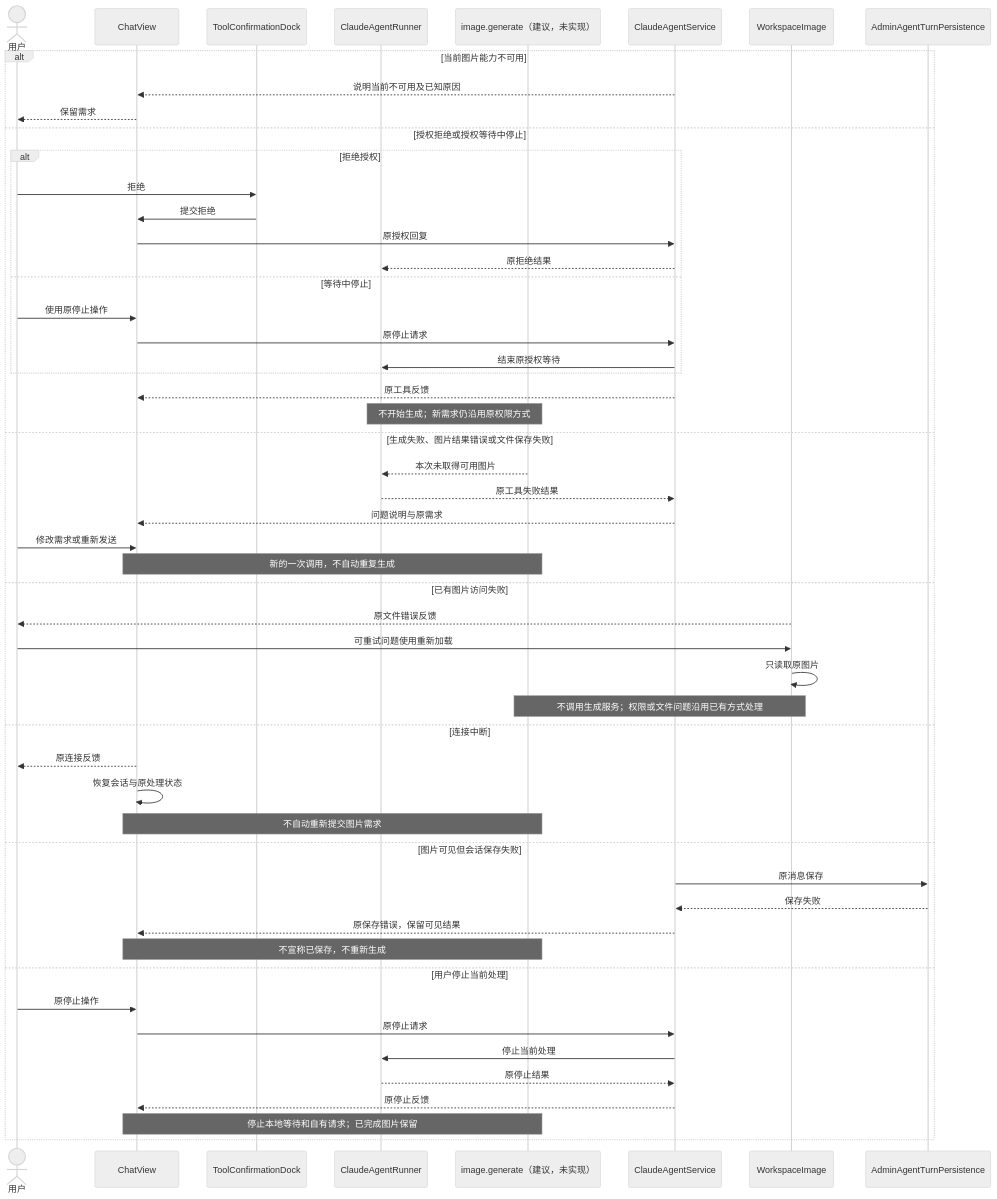
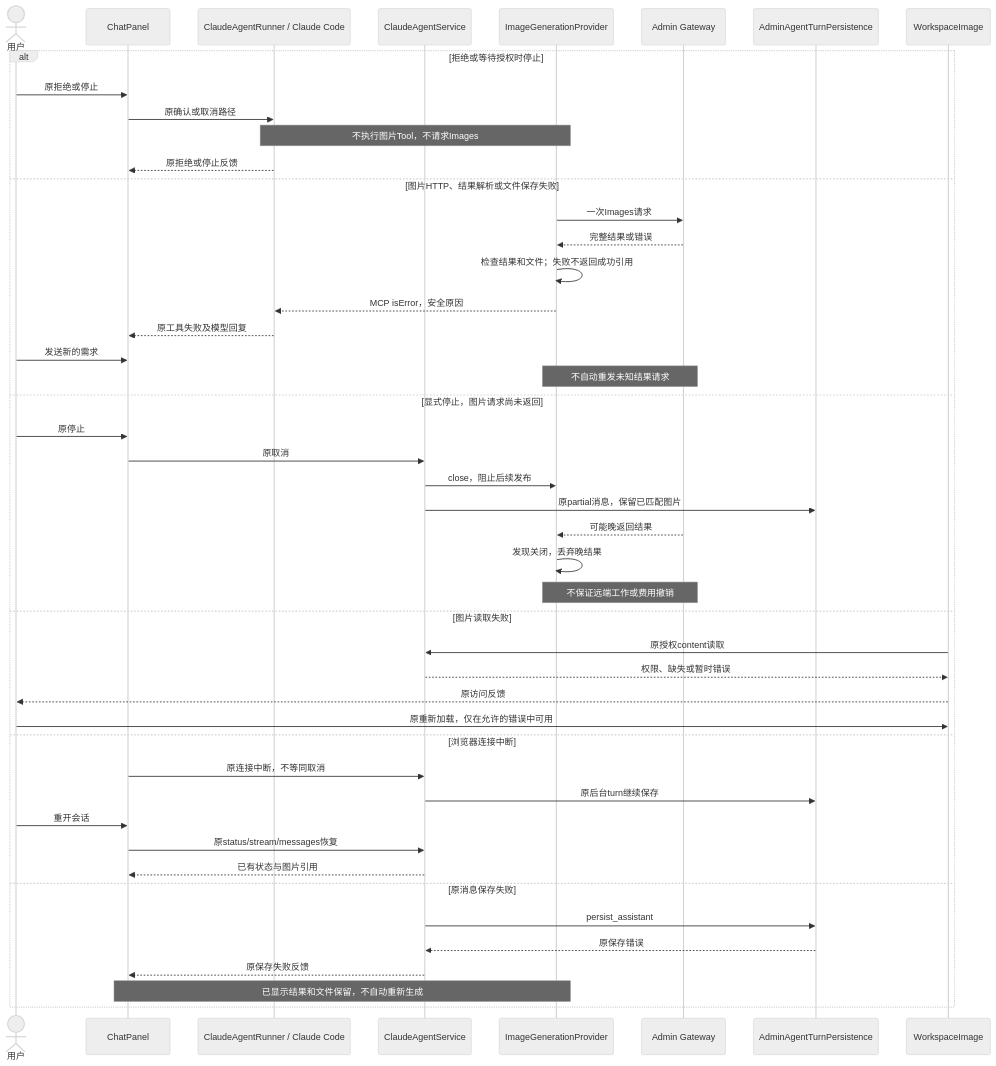
Before and after one commit to glide-the/im-dream: the second of 3 diagrams in docs/design/claude-agent/image-generation-interaction-design.md, drawn with Mermaid (neutral theme). The commit also changed other lines of this file and 136 other files, not shown here.

````diff
--- a/docs/design/claude-agent/image-generation-interaction-design.md
+++ b/docs/design/claude-agent/image-generation-interaction-design.md
@@ -141,55 +151,49 @@
 ```mermaid
 sequenceDiagram
     actor U as 用户
-    participant C as ChatView
-    participant A as ToolConfirmationDock
-    participant R as ClaudeAgentRunner
-    participant T as image.generate（建议，未实现）
+    participant C as ChatPanel
+    participant R as ClaudeAgentRunner / Claude Code
     participant S as ClaudeAgentService
-    participant M as WorkspaceImage
+    participant H as ImageGenerationProvider
+    participant G as Admin Gateway
     participant P as AdminAgentTurnPersistence
-    alt 当前图片能力不可用
-        S-->>C: 说明当前不可用及已知原因
-        C-->>U: 保留需求
-    else 授权拒绝或授权等待中停止
-        alt 拒绝授权
-            U->>A: 拒绝
-            A->>C: 提交拒绝
-            C->>S: 原授权回复
-            S-->>R: 原拒绝结果
-        else 等待中停止
-            U->>C: 使用原停止操作
-            C->>S: 原停止请求
-            S->>R: 结束原授权等待
-        end
-        S-->>C: 原工具反馈
-        Note over R,T: 不开始生成；新需求仍沿用原权限方式
-    else 生成失败、图片结果错误或文件保存失败
-        T-->>R: 本次未取得可用图片
-        R-->>S: 原工具失败结果
-        S-->>C: 问题说明与原需求
-        U->>C: 修改需求或重新发送
-        Note over C,T: 新的一次调用，不自动重复生成
-    else 已有图片访问失败
-        M-->>U: 原文件错误反馈
-        U->>M: 可重试问题使用重新加载
-        M->>M: 只读取原图片
-        Note over M,T: 不调用生成服务；权限或文件问题沿用已有方式处理
-    else 连接中断
-        C-->>U: 原连接反馈
-        C->>C: 恢复会话与原处理状态
-        Note over C,T: 不自动重新提交图片需求
-    else 图片可见但会话保存失败
-        S->>P: 原消息保存
-        P-->>S: 保存失败
-        S-->>C: 原保存错误，保留可见结果
-        Note over C,T: 不宣称已保存，不重新生成
-    else 用户停止当前处理
-        U->>C: 原停止操作
-        C->>S: 原停止请求
-        S->>R: 停止当前处理
-        R-->>S: 原停止结果
-        S-->>C: 原停止反馈
-        Note over C,T: 停止本地等待和自有请求；已完成图片保留
+    participant V as WorkspaceImage
+    alt 拒绝或等待授权时停止
+        U->>C: 原拒绝或停止
+        C->>R: 原确认或取消路径
+        Note over R,H: 不执行图片Tool，不请求Images
+        R-->>C: 原拒绝或停止反馈
+    else 图片HTTP、结果解析或文件保存失败
+        H->>G: 一次Images请求
+        G-->>H: 完整结果或错误
+        H->>H: 检查结果和文件；失败不返回成功引用
+        H-->>R: MCP isError，安全原因
+        R-->>C: 原工具失败及模型回复
+        U->>C: 发送新的需求
+        Note over H,G: 不自动重发未知结果请求
+    else 显式停止，图片请求尚未返回
+        U->>C: 原停止
+        C->>S: 原取消
+        S->>H: close，阻止后续发布
+        S->>P: 原partial消息，保留已匹配图片
+        G-->>H: 可能晚返回结果
+        H->>H: 发现关闭，丢弃晚结果
+        Note over H,G: 不保证远端工作或费用撤销
+    else 图片读取失败
+        V->>S: 原授权content读取
+        S-->>V: 权限、缺失或暂时错误
+        V-->>U: 原访问反馈
+        U->>V: 原重新加载，仅在允许的错误中可用
+    else 浏览器连接中断
+        C->>S: 原连接中断，不等同取消
+        S->>P: 原后台turn继续保存
+        U->>C: 重开会话
+        C->>S: 原status/stream/messages恢复
+        S-->>C: 已有状态与图片引用
+    else 原消息保存失败
+        S->>P: persist_assistant
+        P-->>S: 原保存错误
+        S-->>C: 原保存失败反馈
+        Note over C,H: 已显示结果和文件保留，不自动重新生成
     end
 ```
````
